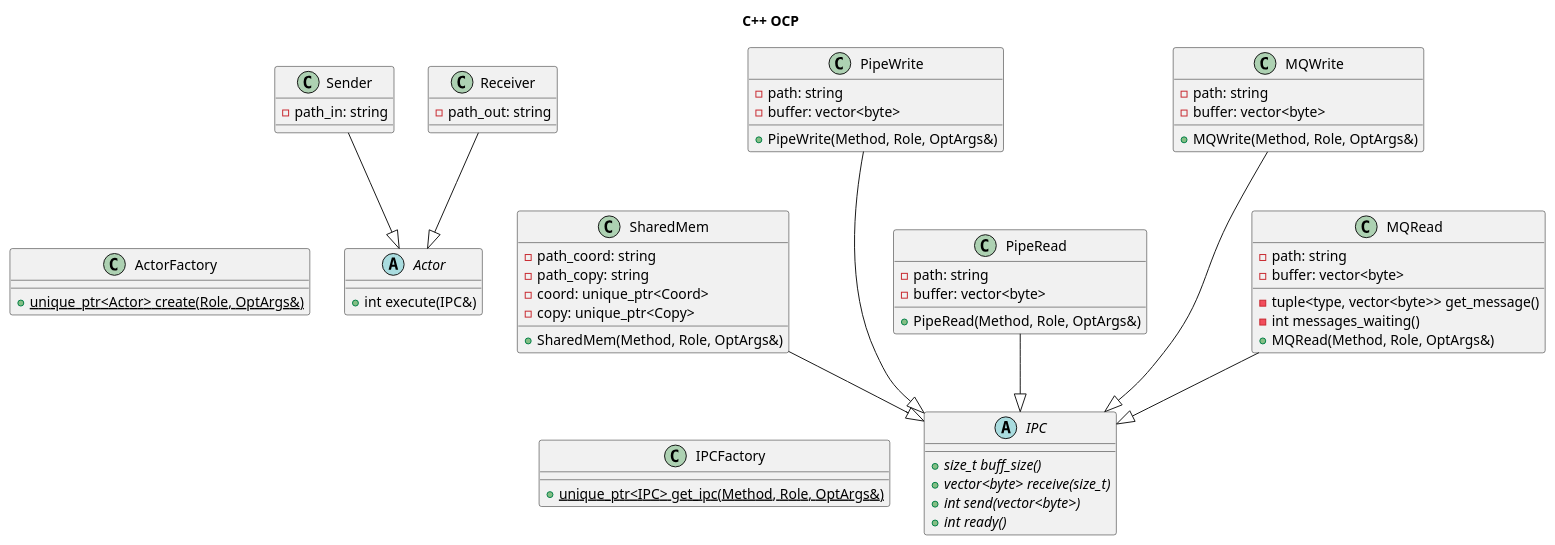
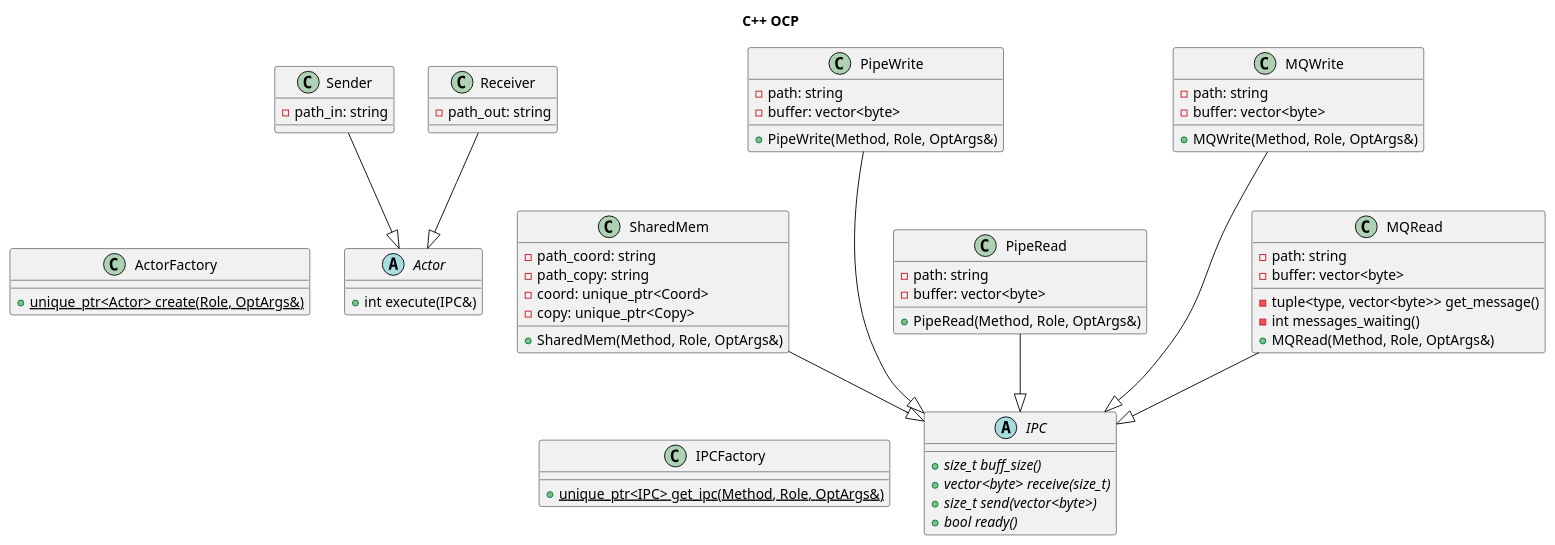
Before and after one commit to LorenzoRuffati/oop-ocp-cpp: the diagram in docs/plantuml/basic.puml, drawn with PlantUML. The commit also changed 3 other files, not shown here.

Commit message:
Shared memory UML

```diff
--- a/docs/plantuml/basic.puml
+++ b/docs/plantuml/basic.puml
@@ -1,72 +1,72 @@
 @startuml basic classes
 
 title C++ OCP
 
 abstract class Actor {
   +int execute(IPC&)
 }
 
 abstract class IPC {
   {abstract} +size_t buff_size()
   {abstract} +vector<byte> receive(size_t)
-  {abstract} +int send(vector<byte>)
-  {abstract} +int ready()
+  {abstract} +size_t send(vector<byte>)
+  {abstract} +bool ready()
 }
 
 
 class SharedMem{
     -path_coord: string
     -path_copy: string
     -coord: unique_ptr<Coord>
     -copy: unique_ptr<Copy>
     +SharedMem(Method, Role, OptArgs&)
 }
 class PipeRead{
     -path: string
     -buffer: vector<byte>
     +PipeRead(Method, Role, OptArgs&)
 }
 class PipeWrite{
     -path: string
     -buffer: vector<byte>
     +PipeWrite(Method, Role, OptArgs&)
 }
 class MQRead {
     -path: string
     -buffer: vector<byte>
     -tuple<type, vector<byte>> get_message()
     -int messages_waiting()
     +MQRead(Method, Role, OptArgs&)
 }
 class MQWrite {
     -path: string
     -buffer: vector<byte>
     +MQWrite(Method, Role, OptArgs&)
 }
 SharedMem --|> IPC
 PipeRead --|> IPC
 PipeWrite --|> IPC
 MQRead --|> IPC
 MQWrite --|> IPC
 
 class Sender{
     -path_in: string
 }
 class Receiver{
     -path_out: string
 }
 Sender --|> Actor
 Receiver --|> Actor
 
 class ActorFactory {
   {static} +unique_ptr<Actor> create(Role, OptArgs&)
 }
 class IPCFactory {
   {static} +unique_ptr<IPC> get_ipc(Method, Role, OptArgs&)
 }
 
 ActorFactory -[hidden] Actor
 IPCFactory -[hidden] IPC
 MQWrite -[hidden]- MQRead
 PipeWrite -[hidden]- PipeRead
 @enduml
```
